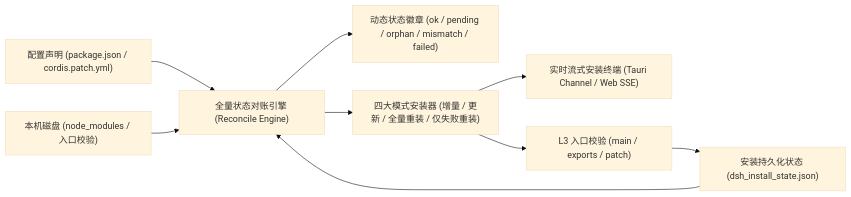
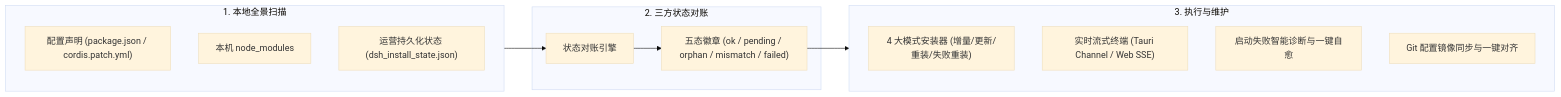
The diagram in README.md (Nomit8088/AGENT_CONFIG_MANAGE), drawn with Mermaid (base theme) before and after one commit. The commit also changed other lines of this file and 37 other files, not shown here.

````diff
--- a/README.md
+++ b/README.md
@@ -158,12 +42,23 @@
 ```mermaid
 flowchart LR
-    Config["配置声明 (package.json / cordis.patch.yml)"] --> ReconcileEngine["全量状态对账引擎 (Reconcile Engine)"]
-    Disk["本机磁盘 (node_modules / 入口校验)"] --> ReconcileEngine
-    State["安装持久化状态 (dsh_install_state.json)"] --> ReconcileEngine
+    subgraph Scan["1. 本地全景扫描"]
+        Config["配置声明 (package.json / cordis.patch.yml)"]
+        Disk["本机 node_modules"]
+        State["运营持久化状态 (dsh_install_state.json)"]
+    end
 
-    ReconcileEngine --> StatusBadge["动态状态徽章 (ok / pending / orphan / mismatch / failed)"]
-    ReconcileEngine --> Installer["四大模式安装器 (增量 / 更新 / 全量重装 / 仅失败重装)"]
-    Installer --> Terminal["实时流式安装终端 (Tauri Channel / Web SSE)"]
-    Installer --> L3Check["L3 入口校验 (main / exports / patch)"]
-    L3Check --> State
+    subgraph Reconcile["2. 三方状态对账"]
+        Engine["状态对账引擎"]
+        Badges["五态徽章 (ok / pending / orphan / mismatch / failed)"]
+    end
+
+    subgraph Actions["3. 执行与维护"]
+        Installer["4 大模式安装器 (增量/更新/重装/失败重装)"]
+        Terminal["实时流式终端 (Tauri Channel / Web SSE)"]
+        Diagnose["启动失败智能诊断与一键自愈"]
+        Sync["Git 配置镜像同步与一键对齐"]
+    end
+
+    Scan --> Engine --> Badges
+    Badges --> Actions
 ```
````
